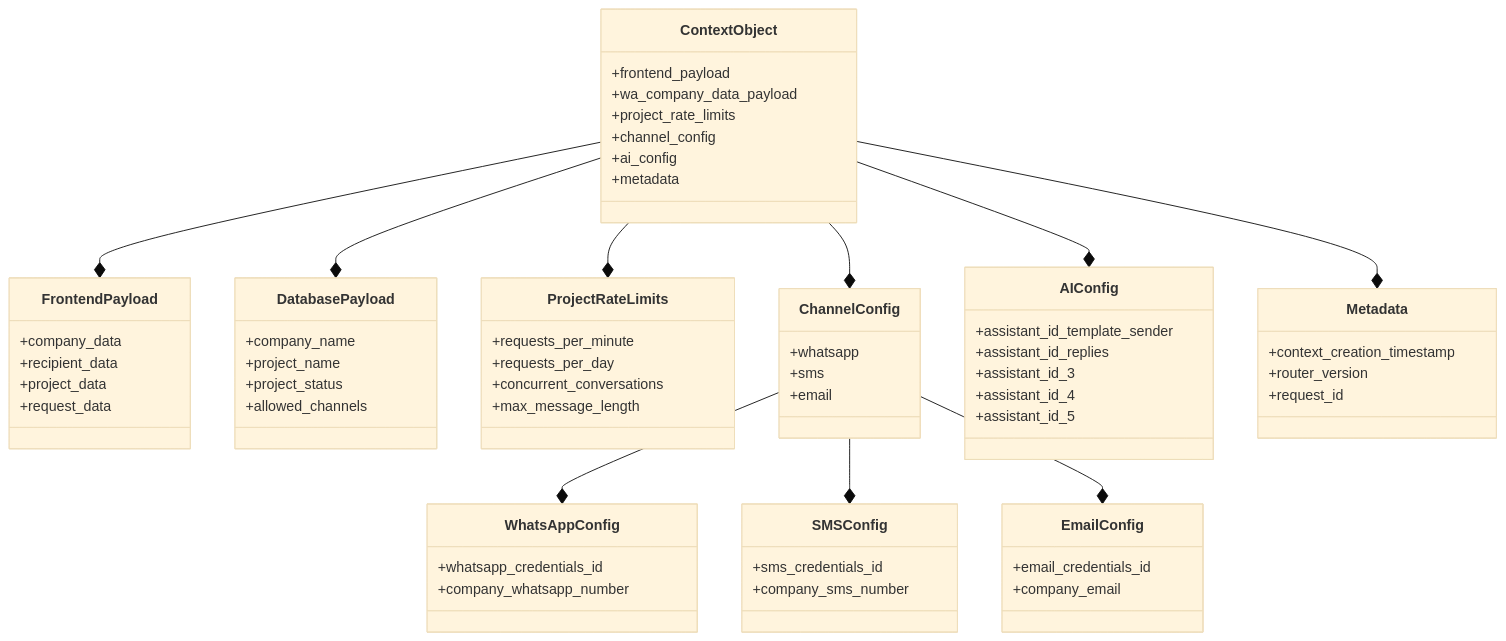
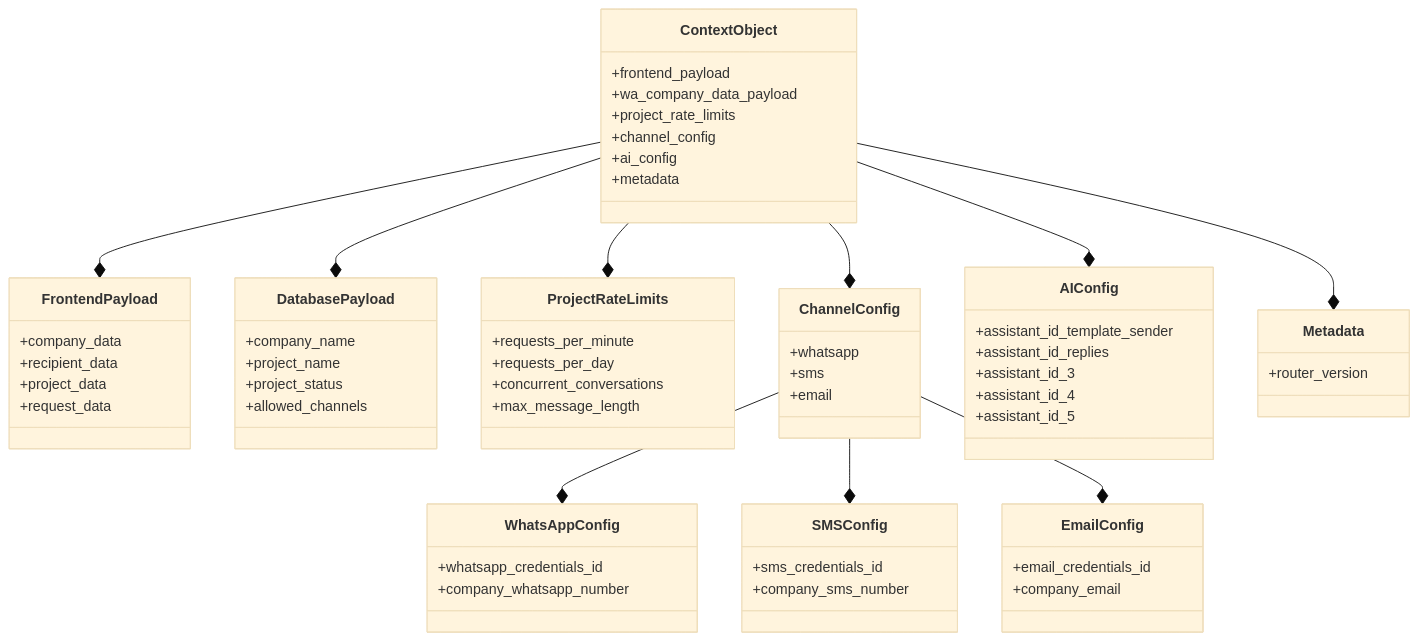
The seventh of 7 diagrams in lld/channel-router/channel-router-diagrams-v1.0.md (junksamiad/template-sender-engine), drawn with Mermaid (base theme) before and after one commit. The commit also changed 2 other files, not shown here.

Commit message:
Remove duplicate request_id and unnecessary context_creation_timestamp from context object

````diff
--- a/lld/channel-router/channel-router-diagrams-v1.0.md
+++ b/lld/channel-router/channel-router-diagrams-v1.0.md
@@ -455,77 +455,75 @@
 ```mermaid
 classDiagram
     class ContextObject {
         +frontend_payload
         +wa_company_data_payload
         +project_rate_limits
         +channel_config
         +ai_config
         +metadata
     }
     
     class FrontendPayload {
         +company_data
         +recipient_data
         +project_data
         +request_data
     }
     
     class DatabasePayload {
         +company_name
         +project_name
         +project_status
         +allowed_channels
     }
     
     class ProjectRateLimits {
         +requests_per_minute
         +requests_per_day
         +concurrent_conversations
         +max_message_length
     }
     
     class ChannelConfig {
         +whatsapp
         +sms
         +email
     }
     
     class WhatsAppConfig {
         +whatsapp_credentials_id
         +company_whatsapp_number
     }
     
     class SMSConfig {
         +sms_credentials_id
         +company_sms_number
     }
     
     class EmailConfig {
         +email_credentials_id
         +company_email
     }
     
     class AIConfig {
         +assistant_id_template_sender
         +assistant_id_replies
         +assistant_id_3
         +assistant_id_4
         +assistant_id_5
     }
     
     class Metadata {
-        +context_creation_timestamp
         +router_version
-        +request_id
     }
     
     ContextObject --* FrontendPayload
     ContextObject --* DatabasePayload
     ContextObject --* ProjectRateLimits
     ContextObject --* ChannelConfig
     ContextObject --* AIConfig
     ContextObject --* Metadata
     ChannelConfig --* WhatsAppConfig
     ChannelConfig --* SMSConfig
     ChannelConfig --* EmailConfig
 ```
````
